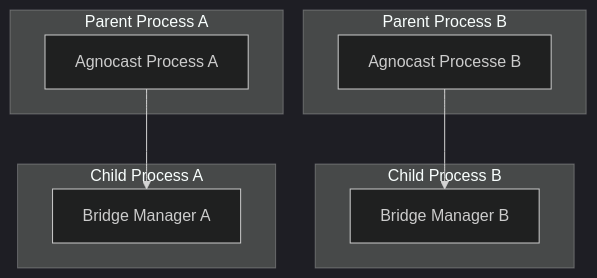
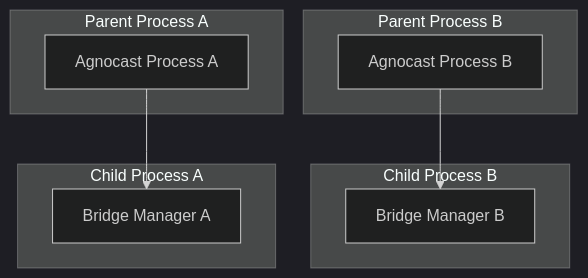
The second of 5 diagrams in docs/agnocast_ros2_bridge.md (tier4/agnocast), drawn with Mermaid (dark theme) before and after one commit.

````diff
--- a/docs/agnocast_ros2_bridge.md
+++ b/docs/agnocast_ros2_bridge.md
@@ -65,21 +65,21 @@
 ```mermaid
 flowchart TB    
     subgraph ParentB ["Parent Process B"]
-        ProcB[Agnocast Processe B]
+        ProcB[Agnocast Process B]
     end
 
     subgraph ParentA ["Parent Process A"]
         ProcA[Agnocast Process A]
     end
     
     subgraph ChildB ["Child Process B"]
         BMB[Bridge Manager B]
     end
 
     subgraph ChildA ["Child Process A"]
         BMA[Bridge Manager A]
     end
     
     ProcA --> BMA
     ProcB --> BMB
 ```
````
